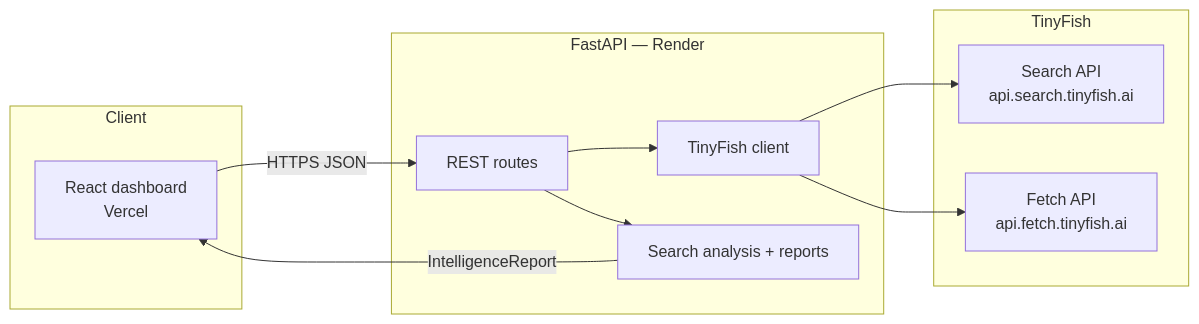
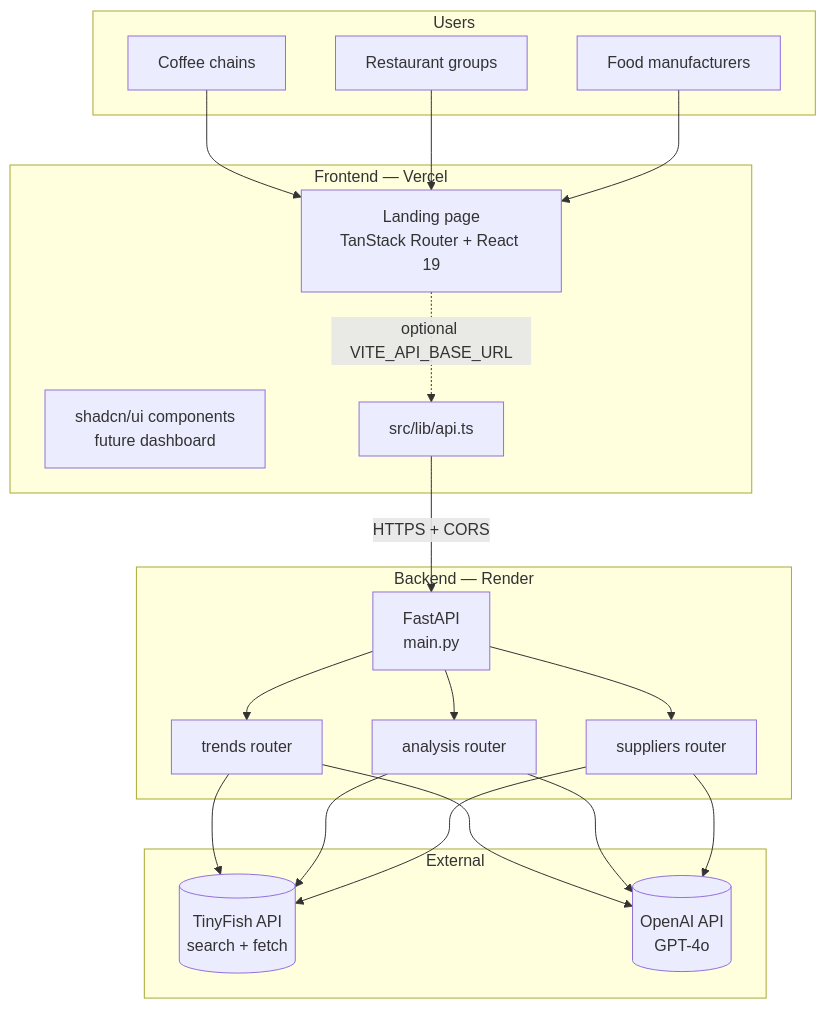
Before and after one commit to tinyfish-io/tinyfish-cookbook: the second of 8 diagrams in monai/README.md, drawn with Mermaid. The commit also changed other lines of this file and 75 other files, not shown here.

Commit message:
Address reviewer feedback: TinyFish SDK, real metrics, lean UI, compressed assets, and Vercel build fix

````diff
--- a/monai/README.md
+++ b/monai/README.md
@@ -99,24 +60,33 @@
 ```mermaid
-flowchart LR
-  subgraph Client
-    UI[React dashboard<br/>Vercel]
+flowchart TB
+  subgraph Users
+    U1[Coffee chains]
+    U2[Restaurant groups]
+    U3[Food manufacturers]
   end
 
-  subgraph Backend["FastAPI — Render"]
-    API[REST routes]
-    TF[TinyFish client]
-    SA[Search analysis + reports]
+  subgraph Frontend["Frontend — Vercel"]
+    LP[Landing page<br/>TanStack Router + React 19]
+    UI[shadcn/ui components<br/>future dashboard]
+    API_CLIENT[src/lib/api.ts]
   end
 
-  subgraph TinyFish
-    SEARCH[Search API<br/>api.search.tinyfish.ai]
-    FETCH[Fetch API<br/>api.fetch.tinyfish.ai]
+  subgraph Backend["Backend — Render"]
+    FAST[FastAPI<br/>main.py]
+    TR[trends router]
+    AN[analysis router]
+    SU[suppliers router]
   end
 
-  UI -->|HTTPS JSON| API
-  API --> TF
-  TF --> SEARCH
-  TF --> FETCH
-  API --> SA
-  SA -->|IntelligenceReport| UI
+  subgraph External
+    TF[(TinyFish API<br/>search + fetch)]
+    OAI[(OpenAI API<br/>GPT-4o)]
+  end
+
+  U1 & U2 & U3 --> LP
+  LP -.->|optional VITE_API_BASE_URL| API_CLIENT
+  API_CLIENT -->|HTTPS + CORS| FAST
+  FAST --> TR & AN & SU
+  TR & AN & SU --> TF
+  TR & AN & SU --> OAI
 ```
````
